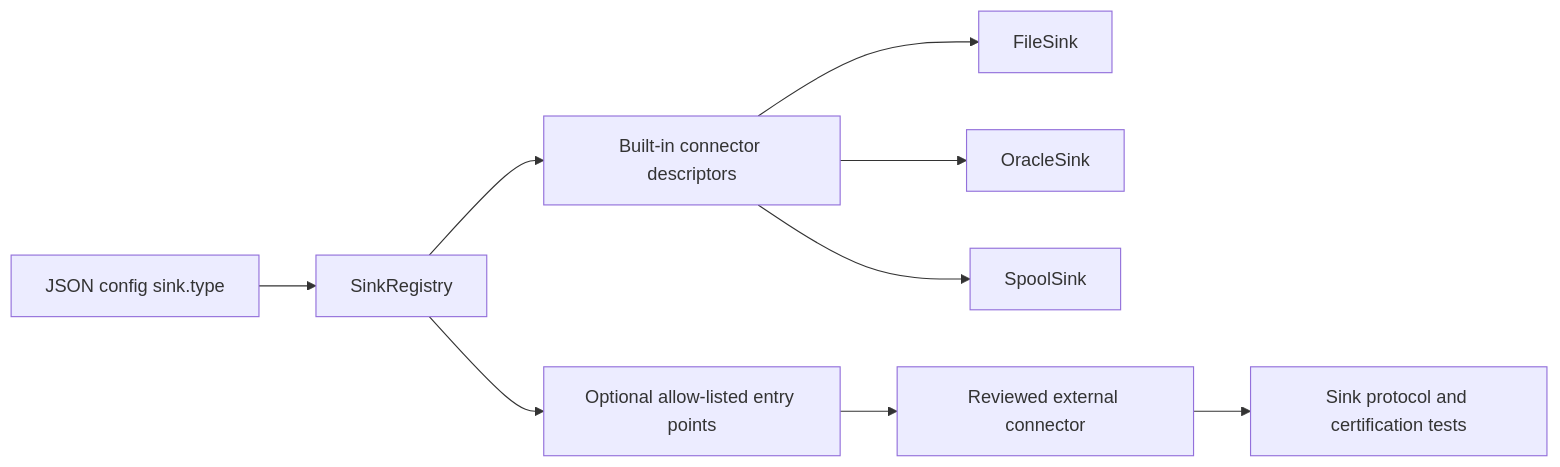
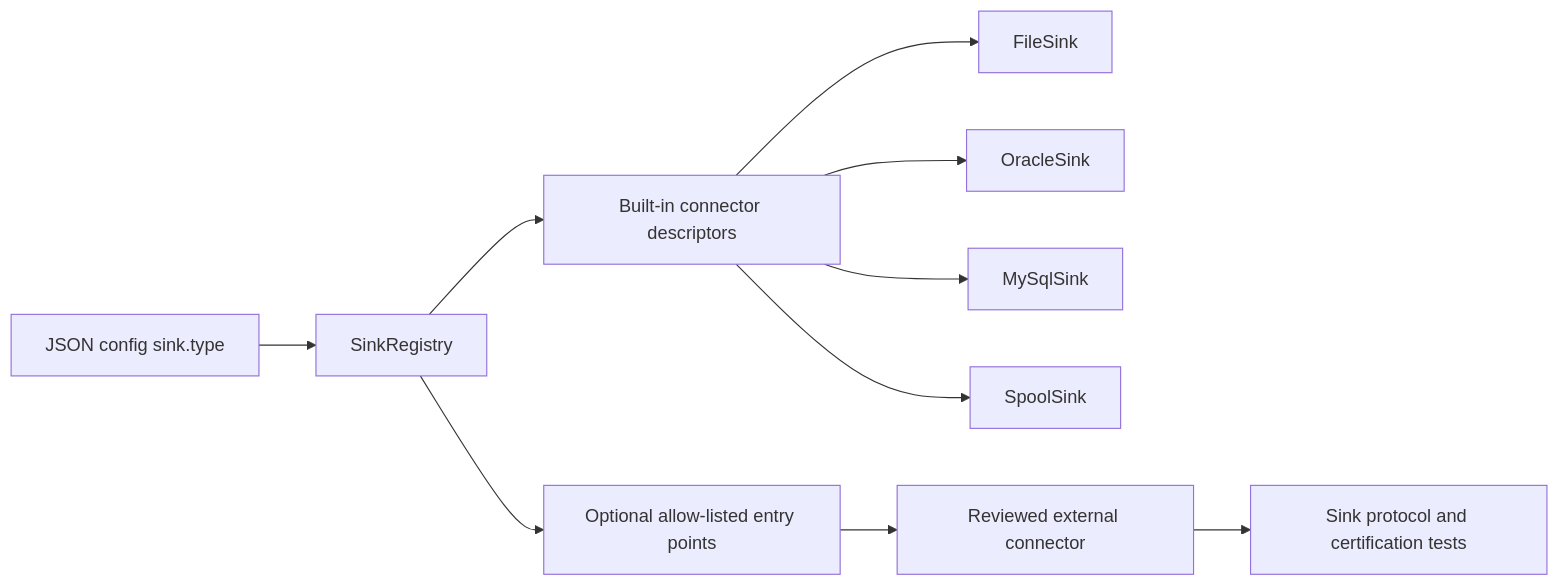
One commit to ProjectCuillin/nats-sinks changed the sixth of 6 diagrams in docs/sink-framework.md. Above: the diagram before and after it, drawn with Mermaid. The commit also changed other lines of this file and 46 other files, not shown here.

Commit message:
Add Oracle MySQL sink

````diff
--- a/docs/sink-framework.md
+++ b/docs/sink-framework.md
@@ -284,11 +284,12 @@
 ```mermaid
 flowchart LR
     Config[JSON config sink.type] --> Registry[SinkRegistry]
     Registry --> BuiltIn[Built-in connector descriptors]
     Registry --> Optional[Optional allow-listed entry points]
     BuiltIn --> File[FileSink]
     BuiltIn --> Oracle[OracleSink]
+    BuiltIn --> MySQL[MySqlSink]
     BuiltIn --> Spool[SpoolSink]
     Optional --> ThirdParty[Reviewed external connector]
     ThirdParty --> Contract[Sink protocol and certification tests]
 ```
````
